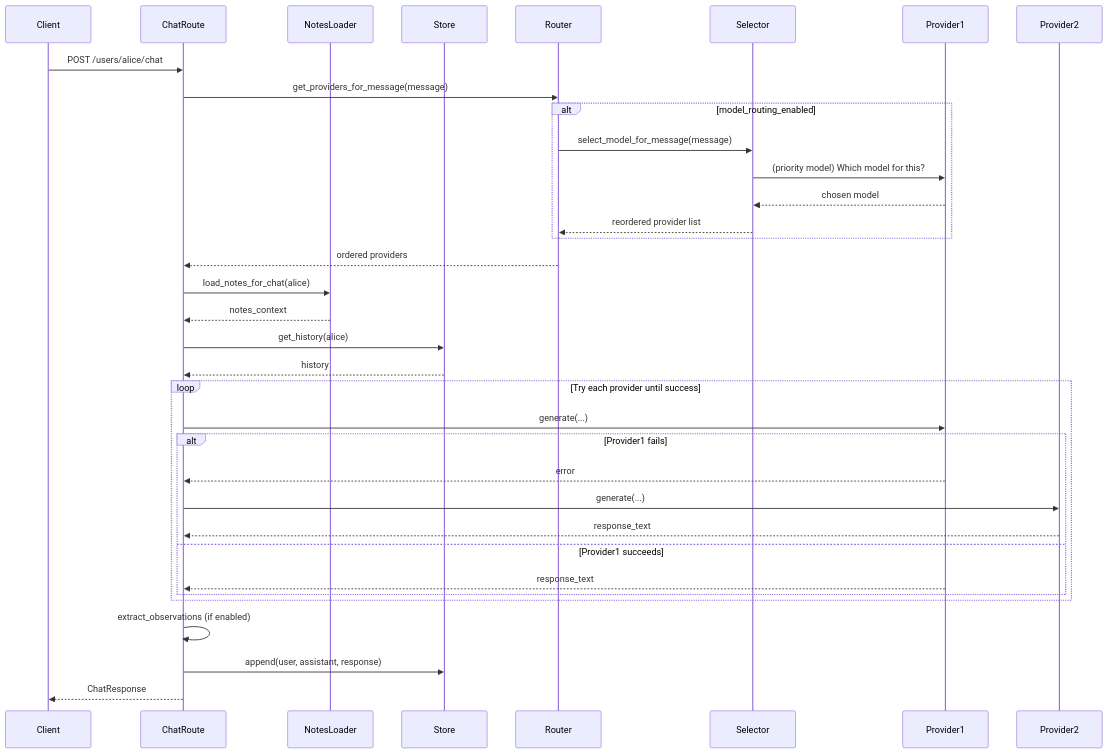
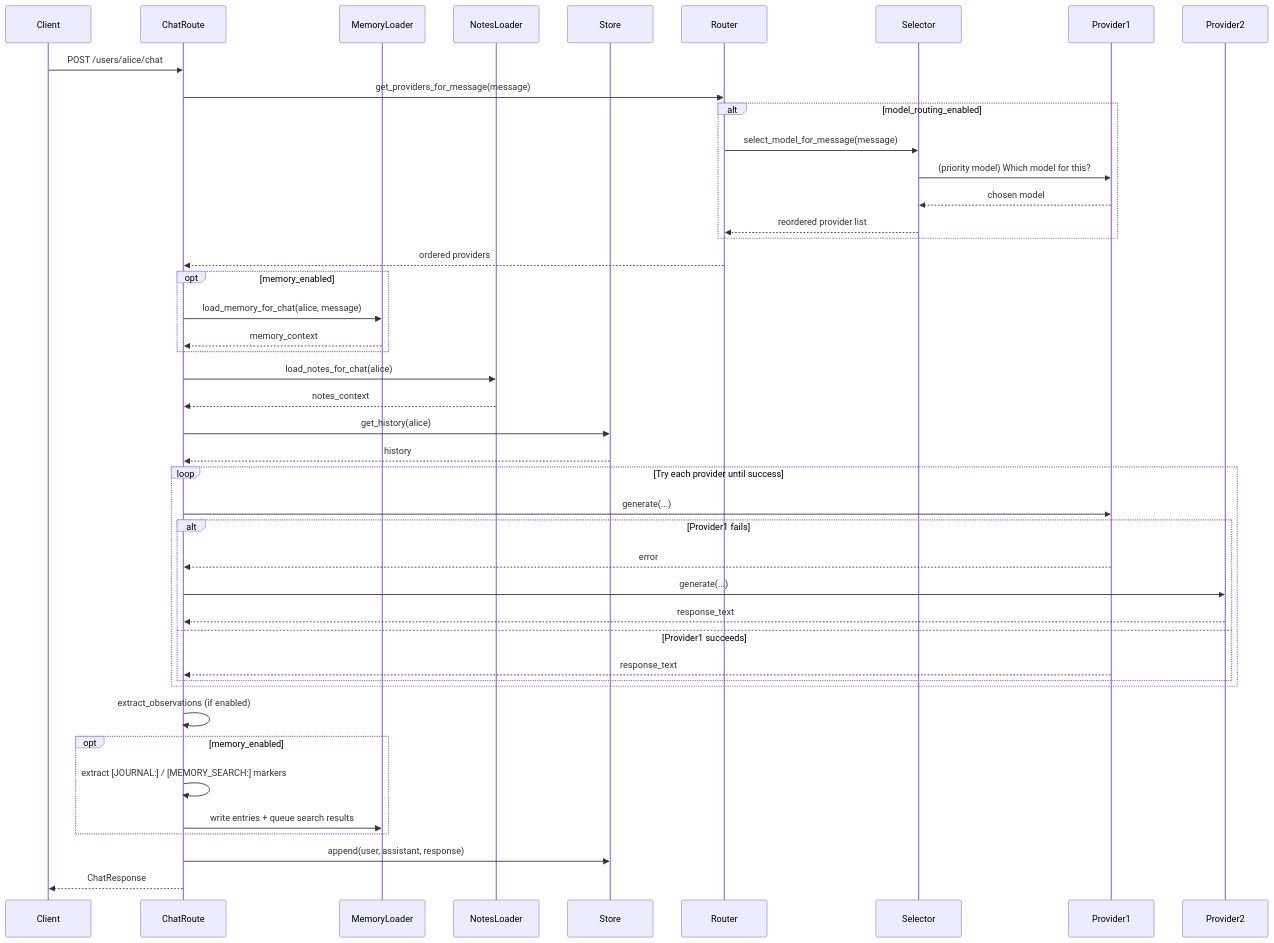
One commit to StevenGann/Gregory changed the second of 7 diagrams in docs/ARCHITECTURE.md. Above: the diagram before and after it, drawn with Mermaid. The commit also changed other lines of this file and 15 other files, not shown here.

````diff
--- a/docs/ARCHITECTURE.md
+++ b/docs/ARCHITECTURE.md
@@ -55,38 +61,47 @@
 ```mermaid
 sequenceDiagram
     participant Client
     participant ChatRoute
+    participant MemoryLoader
     participant NotesLoader
     participant Store
     participant Router
     participant Selector
     participant Provider1
     participant Provider2
 
     Client->>ChatRoute: POST /users/alice/chat
     ChatRoute->>Router: get_providers_for_message(message)
     alt model_routing_enabled
         Router->>Selector: select_model_for_message(message)
         Selector->>Provider1: (priority model) Which model for this?
         Provider1-->>Selector: chosen model
         Selector-->>Router: reordered provider list
     end
     Router-->>ChatRoute: ordered providers
+    opt memory_enabled
+        ChatRoute->>MemoryLoader: load_memory_for_chat(alice, message)
+        MemoryLoader-->>ChatRoute: memory_context
+    end
     ChatRoute->>NotesLoader: load_notes_for_chat(alice)
     NotesLoader-->>ChatRoute: notes_context
     ChatRoute->>Store: get_history(alice)
     Store-->>ChatRoute: history
     loop Try each provider until success
         ChatRoute->>Provider1: generate(...)
         alt Provider1 fails
             Provider1-->>ChatRoute: error
             ChatRoute->>Provider2: generate(...)
             Provider2-->>ChatRoute: response_text
         else Provider1 succeeds
             Provider1-->>ChatRoute: response_text
         end
     end
     ChatRoute->>ChatRoute: extract_observations (if enabled)
+    opt memory_enabled
+        ChatRoute->>ChatRoute: extract [JOURNAL:] / [MEMORY_SEARCH:] markers
+        ChatRoute->>MemoryLoader: write entries + queue search results
+    end
     ChatRoute->>Store: append(user, assistant, response)
     ChatRoute-->>Client: ChatResponse
 ```
````
